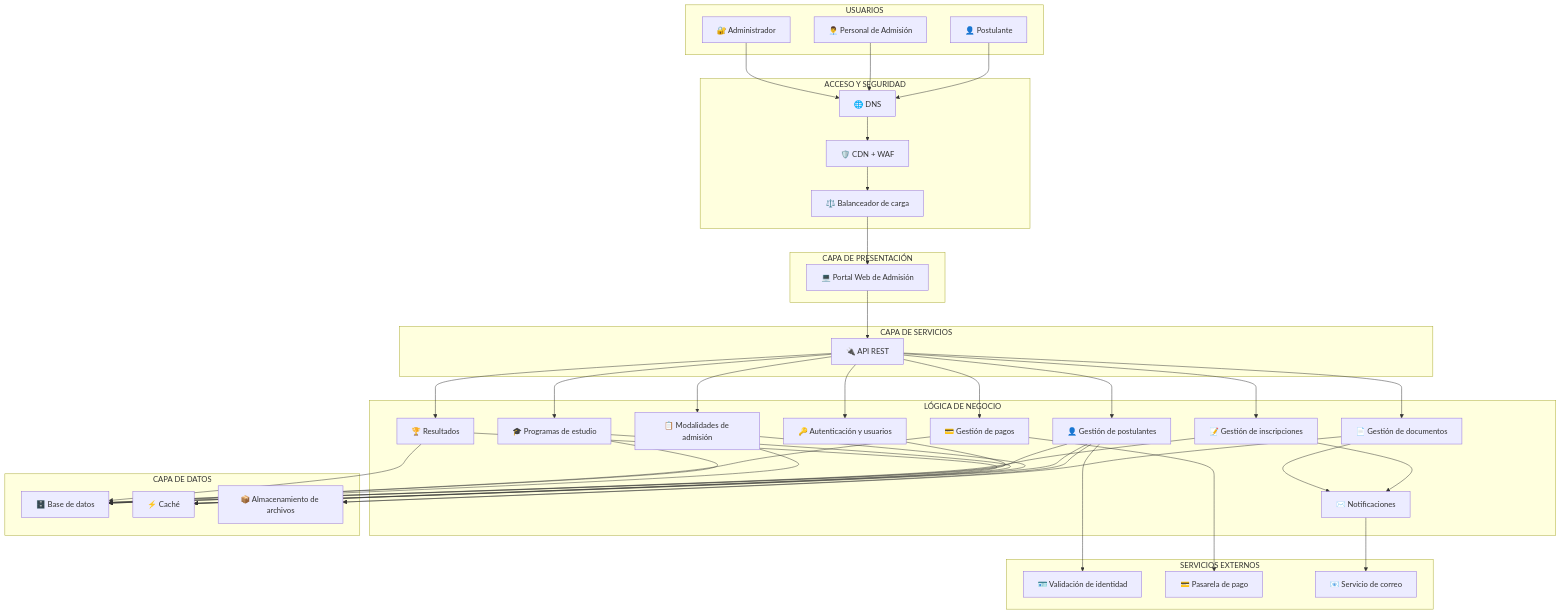
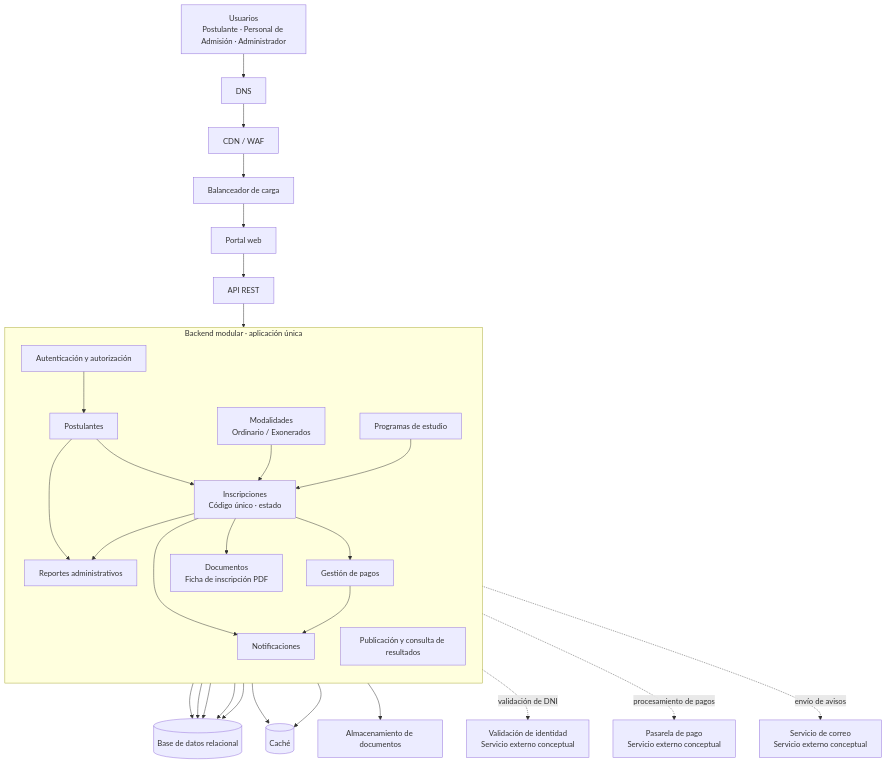
Before and after one commit to DiegoCoras06/ENTREGABLE-01-PROPUESTA-INICIAL-DEL-PROYECTO: the first of 2 diagrams in Arquitectura/07-arquitectura-inicial.md, drawn with Mermaid. The commit also changed other lines of this file and 14 other files, not shown here.

````diff
--- a/Arquitectura/07-arquitectura-inicial.md
+++ b/Arquitectura/07-arquitectura-inicial.md
@@ -15,132 +17,52 @@
 ```mermaid
 flowchart TB
+        USERS["Usuarios<br/>Postulante · Personal de Admisión · Administrador"] --> DNS["DNS"]
+        DNS --> EDGE["CDN / WAF"]
+        EDGE --> LB["Balanceador de carga"]
+        LB --> WEB["Portal web"]
+        WEB --> API["API REST"]
 
-%% =====================================================
-%% USUARIOS
-%% =====================================================
+        subgraph APP["Backend modular · aplicación única"]
+                direction TB
+                AUTH["Autenticación y autorización"]
+                APPLICANTS["Postulantes"]
+                ENROLLMENTS["Inscripciones<br/>Código único · estado"]
+                MODES["Modalidades<br/>Ordinario / Exonerados"]
+                PROGRAMS["Programas de estudio"]
+                PAYMENTS["Gestión de pagos"]
+                DOCUMENTS["Documentos<br/>Ficha de inscripción PDF"]
+                RESULTS["Publicación y consulta de resultados"]
+                REPORTS["Reportes administrativos"]
+                NOTIFICATIONS["Notificaciones"]
 
-subgraph USUARIOS["USUARIOS"]
-    P["👤 Postulante"]
-    PA["👨‍💼 Personal de Admisión"]
-    AD["🔐 Administrador"]
-end
+                AUTH --> APPLICANTS --> ENROLLMENTS
+                MODES --> ENROLLMENTS
+                PROGRAMS --> ENROLLMENTS
+                ENROLLMENTS --> PAYMENTS
+                ENROLLMENTS --> DOCUMENTS
+                ENROLLMENTS --> NOTIFICATIONS
+                PAYMENTS --> NOTIFICATIONS
+                APPLICANTS --> REPORTS
+                ENROLLMENTS --> REPORTS
+        end
 
-%% =====================================================
-%% ACCESO Y SEGURIDAD
-%% =====================================================
+        API --> AUTH
+        DB[("Base de datos relacional")]
+        CACHE[("Caché")]
+        FILES["Almacenamiento de documentos"]
+        IDENTITY["Validación de identidad<br/>Servicio externo conceptual"]
+        GATEWAY["Pasarela de pago<br/>Servicio externo conceptual"]
+        EMAIL["Servicio de correo<br/>Servicio externo conceptual"]
 
-subgraph ACCESO["ACCESO Y SEGURIDAD"]
-    DNS["🌐 DNS"]
-    WAF["🛡️ CDN + WAF"]
-    LB["⚖️ Balanceador de carga"]
-end
-
-%% =====================================================
-%% PRESENTACIÓN
-%% =====================================================
-
-subgraph PRESENTACION["CAPA DE PRESENTACIÓN"]
-    WEB["💻 Portal Web de Admisión"]
-end
-
-%% =====================================================
-%% SERVICIOS
-%% =====================================================
-
-subgraph SERVICIOS["CAPA DE SERVICIOS"]
-    API["🔌 API REST"]
-end
-
-%% =====================================================
-%% LÓGICA DE NEGOCIO
-%% =====================================================
-
-subgraph NEGOCIO["LÓGICA DE NEGOCIO"]
-    AUTH["🔑 Autenticación y usuarios"]
-    POST["👤 Gestión de postulantes"]
-    INS["📝 Gestión de inscripciones"]
-    MOD["📋 Modalidades de admisión"]
-    PROG["🎓 Programas de estudio"]
-    PAGO["💳 Gestión de pagos"]
-    DOC["📄 Gestión de documentos"]
-    RES["🏆 Resultados"]
-    NOT["✉️ Notificaciones"]
-end
-
-%% =====================================================
-%% DATOS
-%% =====================================================
-
-subgraph DATOS["CAPA DE DATOS"]
-    BD["🗄️ Base de datos"]
-    CACHE["⚡ Caché"]
-    STORAGE["📦 Almacenamiento de archivos"]
-end
-
-%% =====================================================
-%% SERVICIOS EXTERNOS
-%% =====================================================
-
-subgraph EXTERNOS["SERVICIOS EXTERNOS"]
-    IDENT["🪪 Validación de identidad"]
-    GATEWAY["💳 Pasarela de pago"]
-    EMAIL["📧 Servicio de correo"]
-end
-
-%% =====================================================
-%% FLUJO DE ACCESO
-%% =====================================================
-
-P --> DNS
-PA --> DNS
-AD --> DNS
-
-DNS --> WAF
-WAF --> LB
-LB --> WEB
-WEB --> API
-
-%% =====================================================
-%% API → NEGOCIO
-%% =====================================================
-
-API --> AUTH
-API --> POST
-API --> INS
-API --> MOD
-API --> PROG
-API --> PAGO
-API --> DOC
-API --> RES
-
-%% =====================================================
-%% NEGOCIO → DATOS
-%% =====================================================
-
-AUTH --> BD
-POST --> BD
-INS --> BD
-MOD --> BD
-PROG --> BD
-PAGO --> BD
-RES --> BD
-
-POST --> CACHE
-MOD --> CACHE
-PROG --> CACHE
-RES --> CACHE
-
-DOC --> STORAGE
-POST --> STORAGE
-
-%% =====================================================
-%% SERVICIOS EXTERNOS
-%% =====================================================
-
-POST --> IDENT
-PAGO --> GATEWAY
-INS --> NOT
-DOC --> NOT
-NOT --> EMAIL
-
+        APPLICANTS --> DB
+        ENROLLMENTS --> DB
+        PAYMENTS --> DB
+        RESULTS --> DB
+        REPORTS --> DB
+        MODES --> CACHE
+        PROGRAMS --> CACHE
+        DOCUMENTS --> FILES
+        APPLICANTS -. "validación de DNI" .-> IDENTITY
+        PAYMENTS -. "procesamiento de pagos" .-> GATEWAY
+        NOTIFICATIONS -. "envío de avisos" .-> EMAIL
 ```
````
